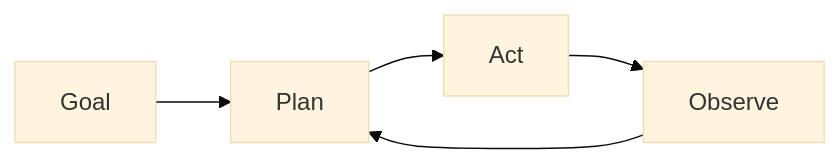
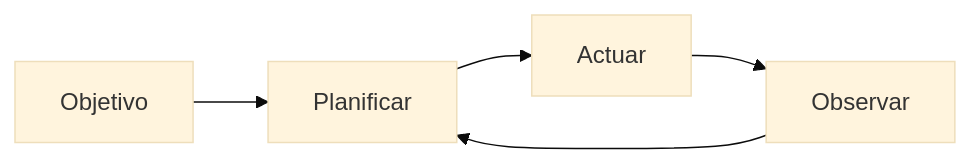
The diagram in i18n/es/docusaurus-plugin-content-docs/current/autonomous-agents/index.md (EmersonBraun/ai-summary-hub), drawn with Mermaid (base theme) before and after one commit. The commit also changed other lines of this file and 230 other files, not shown here.

````diff
--- a/i18n/es/docusaurus-plugin-content-docs/current/autonomous-agents/index.md
+++ b/i18n/es/docusaurus-plugin-content-docs/current/autonomous-agents/index.md
@@ -17,7 +19,7 @@
 ```mermaid
 flowchart LR
-  Goal[Goal] --> Plan[Plan]
-  Plan --> Act[Act]
-  Act --> Observe[Observe]
+  Goal[Objetivo] --> Plan[Planificar]
+  Plan --> Act[Actuar]
+  Act --> Observe[Observar]
   Observe --> Plan
 ```
````
